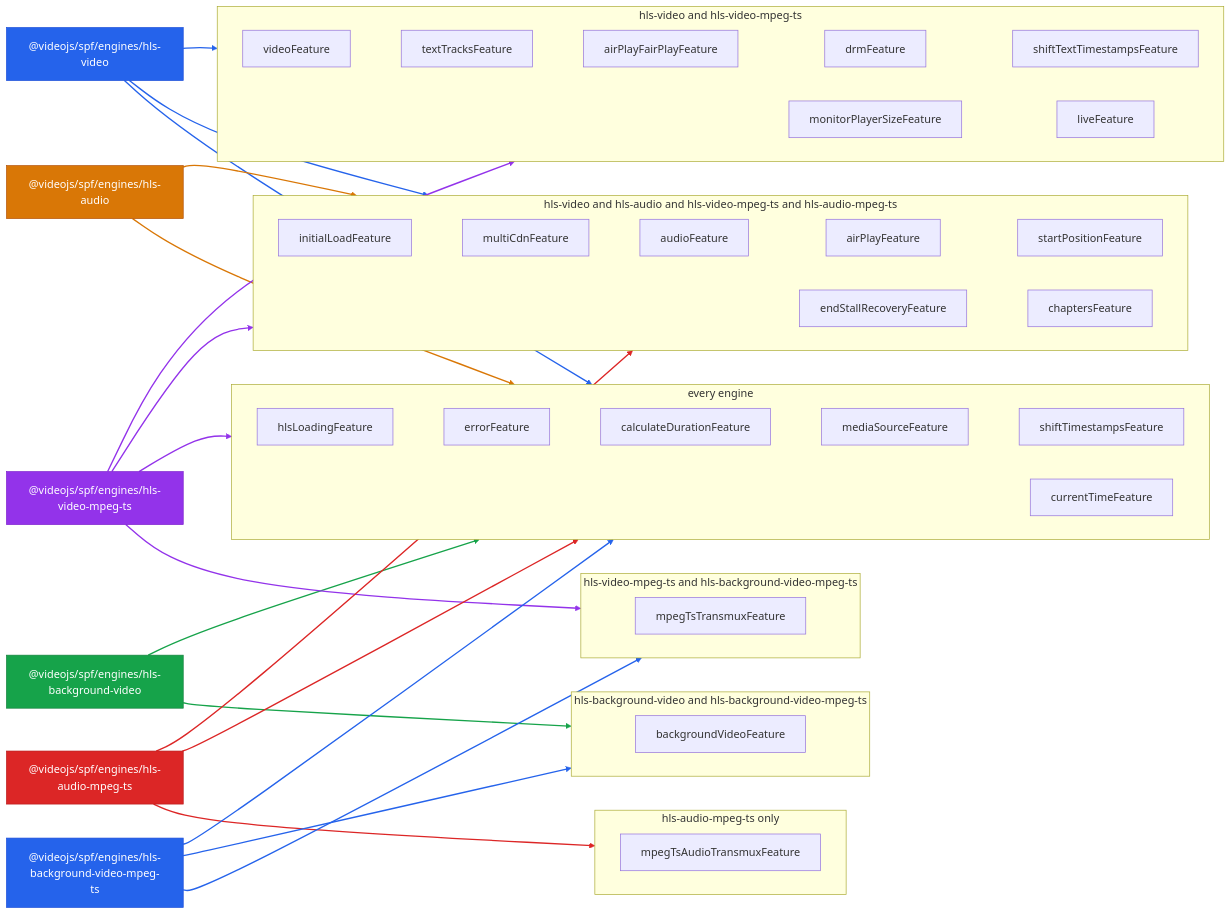
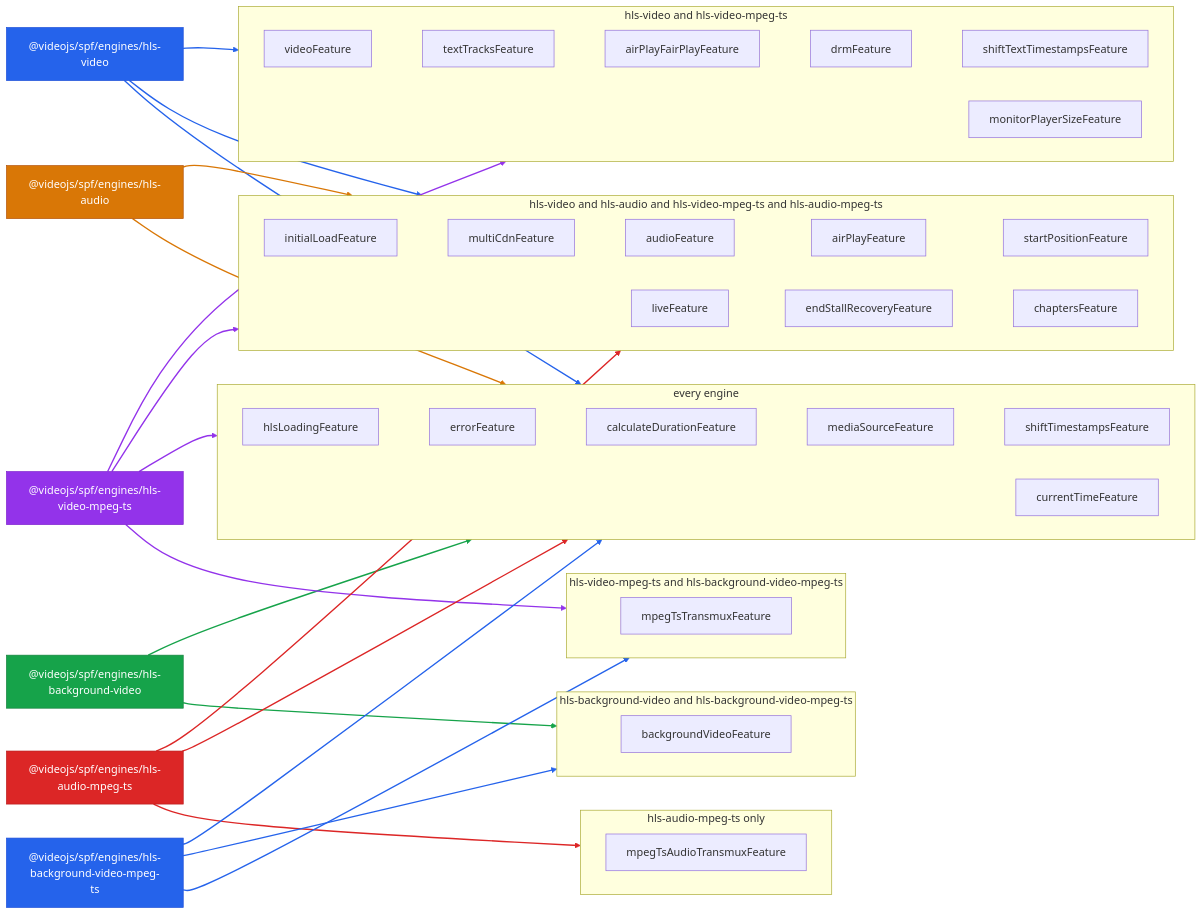
The diagram in packages/spf/docs/reference/README.md (videojs/video.js), drawn with Mermaid before and after one commit. The commit also changed 11 other files, not shown here.

```diff
--- a/packages/spf/docs/reference/README.md
+++ b/packages/spf/docs/reference/README.md
@@ -30,9 +30,7 @@
     feature_drm["drmFeature"]
     feature_shift_text_timestamps["shiftTextTimestampsFeature"]
     feature_monitor_player_size["monitorPlayerSizeFeature"]
-    feature_live["liveFeature"]
     feature_video ~~~ feature_text_tracks ~~~ feature_airplay_fairplay ~~~ feature_drm ~~~ feature_shift_text_timestamps
-    feature_monitor_player_size ~~~ feature_live
   end
   subgraph group_1["hls-video and hls-audio and hls-video-mpeg-ts and hls-audio-mpeg-ts"]
     direction LR
@@ -41,10 +39,11 @@
     feature_audio["audioFeature"]
     feature_airplay["airPlayFeature"]
     feature_start_position["startPositionFeature"]
+    feature_live["liveFeature"]
     feature_end_stall_recovery["endStallRecoveryFeature"]
     feature_chapters["chaptersFeature"]
     feature_initial_load ~~~ feature_multi_cdn ~~~ feature_audio ~~~ feature_airplay ~~~ feature_start_position
-    feature_end_stall_recovery ~~~ feature_chapters
+    feature_live ~~~ feature_end_stall_recovery ~~~ feature_chapters
   end
   subgraph group_2["every engine"]
     direction LR
```
